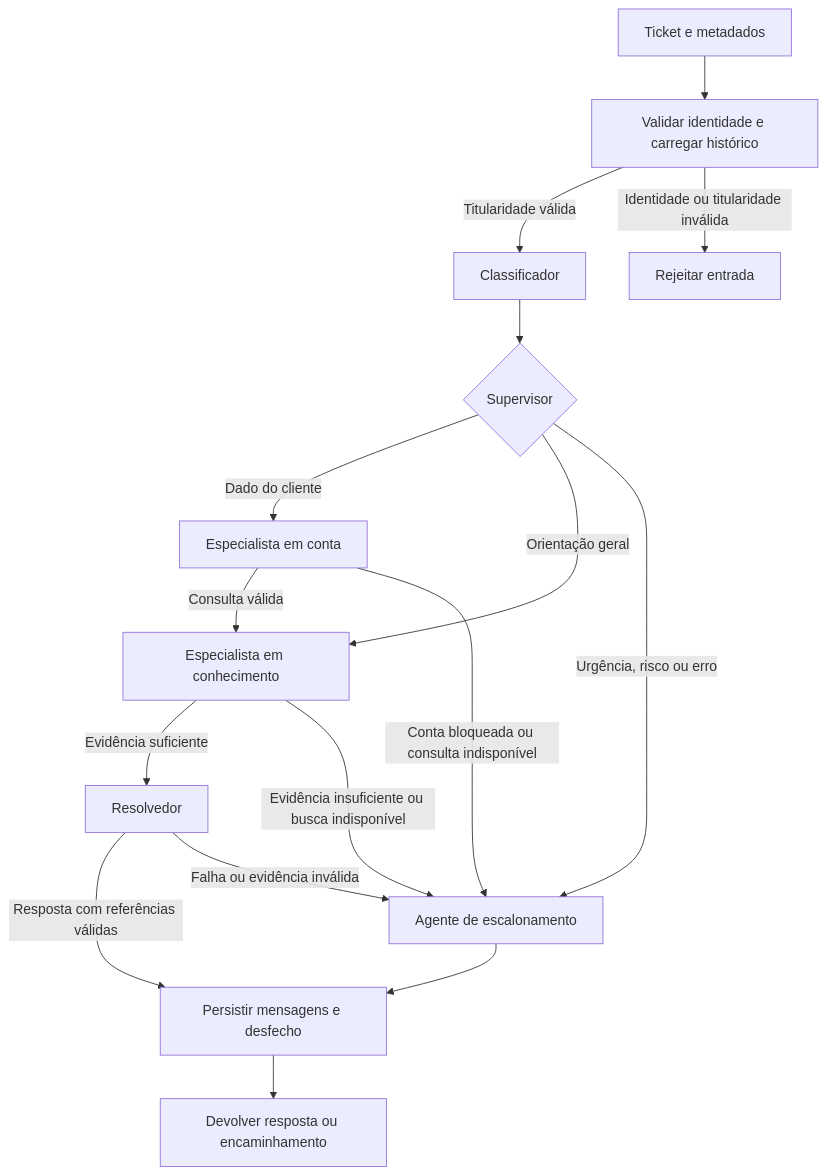
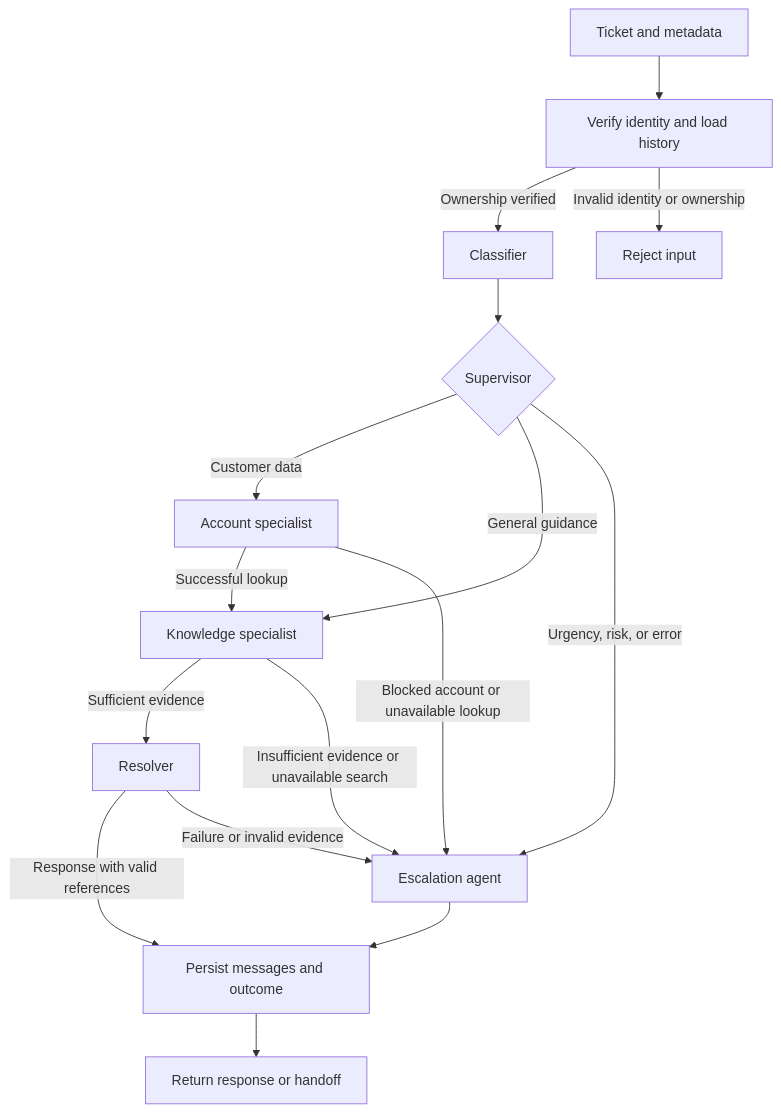
One commit to robertishimurasousa/Udacity-AKAgent changed the diagram in agentic/design/README.md. Above: the diagram before and after it, drawn with Mermaid. The commit also changed other lines of this file and 1 other file, not shown here.

````diff
--- a/agentic/design/README.md
+++ b/agentic/design/README.md
@@ -25,18 +25,18 @@
 ```mermaid
 flowchart TD
-    Input["Ticket e metadados"] --> Context["Validar identidade e carregar histórico"]
-    Context -->|"Titularidade válida"| Classify["Classificador"]
-    Context -->|"Identidade ou titularidade inválida"| Rejected["Rejeitar entrada"]
+    Input["Ticket and metadata"] --> Context["Verify identity and load history"]
+    Context -->|"Ownership verified"| Classify["Classifier"]
+    Context -->|"Invalid identity or ownership"| Rejected["Reject input"]
     Classify --> Supervisor{"Supervisor"}
-    Supervisor -->|"Dado do cliente"| Account["Especialista em conta"]
-    Supervisor -->|"Orientação geral"| Knowledge["Especialista em conhecimento"]
-    Supervisor -->|"Urgência, risco ou erro"| Escalate["Agente de escalonamento"]
-    Account -->|"Consulta válida"| Knowledge
-    Account -->|"Conta bloqueada ou consulta indisponível"| Escalate
-    Knowledge -->|"Evidência suficiente"| Resolve["Resolvedor"]
-    Knowledge -->|"Evidência insuficiente ou busca indisponível"| Escalate
-    Resolve -->|"Resposta com referências válidas"| Save["Persistir mensagens e desfecho"]
-    Resolve -->|"Falha ou evidência inválida"| Escalate
+    Supervisor -->|"Customer data"| Account["Account specialist"]
+    Supervisor -->|"General guidance"| Knowledge["Knowledge specialist"]
+    Supervisor -->|"Urgency, risk, or error"| Escalate["Escalation agent"]
+    Account -->|"Successful lookup"| Knowledge
+    Account -->|"Blocked account or unavailable lookup"| Escalate
+    Knowledge -->|"Sufficient evidence"| Resolve["Resolver"]
+    Knowledge -->|"Insufficient evidence or unavailable search"| Escalate
+    Resolve -->|"Response with valid references"| Save["Persist messages and outcome"]
+    Resolve -->|"Failure or invalid evidence"| Escalate
     Escalate --> Save
-    Save --> Output["Devolver resposta ou encaminhamento"]
+    Save --> Output["Return response or handoff"]
 ```
````
